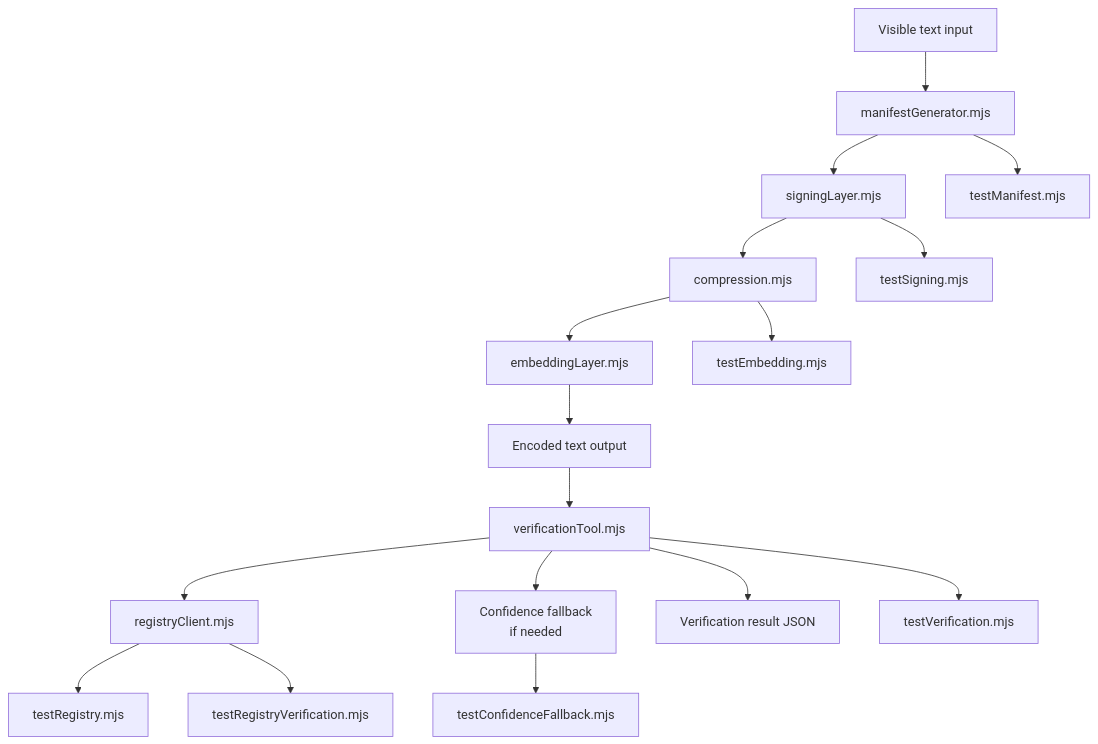
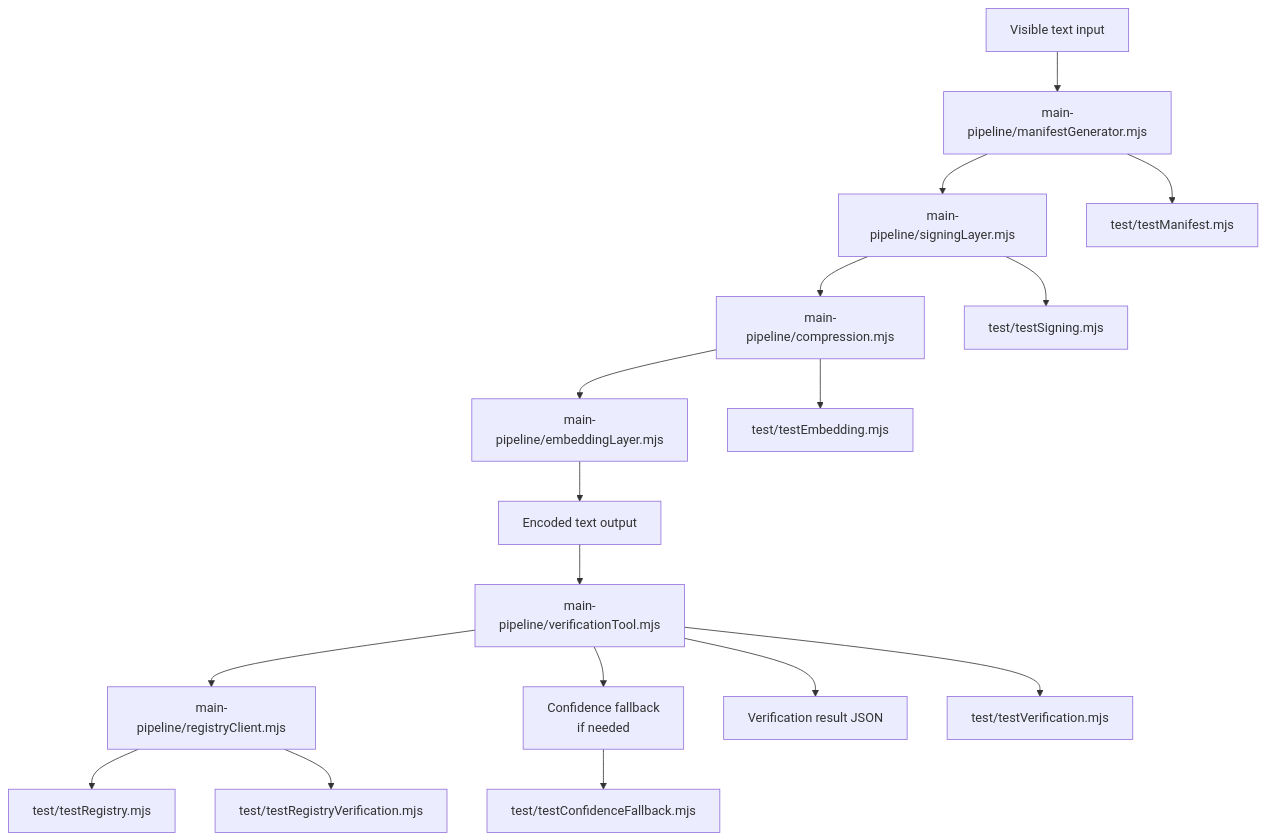
Before and after one commit to systemacticco-rgb/lps-reference-implementation: the first of 7 diagrams in DIAGRAMS.md, drawn with Mermaid. The commit also changed other lines of this file and 34 other files, not shown here.

First line of the commit message:
refactor: organize pipeline modules and test tooling

````diff
--- a/DIAGRAMS.md
+++ b/DIAGRAMS.md
@@ -7,22 +7,22 @@
 ```mermaid
 flowchart TD
-    A[Visible text input] --> B[manifestGenerator.mjs]
-    B --> C[signingLayer.mjs]
-    C --> D[compression.mjs]
-    D --> E[embeddingLayer.mjs]
+    A[Visible text input] --> B[main-pipeline/manifestGenerator.mjs]
+    B --> C[main-pipeline/signingLayer.mjs]
+    C --> D[main-pipeline/compression.mjs]
+    D --> E[main-pipeline/embeddingLayer.mjs]
     E --> F[Encoded text output]
 
-    F --> G[verificationTool.mjs]
-    G --> H[registryClient.mjs]
+    F --> G[main-pipeline/verificationTool.mjs]
+    G --> H[main-pipeline/registryClient.mjs]
     G --> I[Confidence fallback
 if needed]
     G --> J[Verification result JSON]
 
-    B --> K[testManifest.mjs]
-    C --> L[testSigning.mjs]
-    D --> M[testEmbedding.mjs]
-    G --> N[testVerification.mjs]
-    H --> O[testRegistry.mjs]
-    H --> P[testRegistryVerification.mjs]
-    I --> Q[testConfidenceFallback.mjs]
+    B --> K[test/testManifest.mjs]
+    C --> L[test/testSigning.mjs]
+    D --> M[test/testEmbedding.mjs]
+    G --> N[test/testVerification.mjs]
+    H --> O[test/testRegistry.mjs]
+    H --> P[test/testRegistryVerification.mjs]
+    I --> Q[test/testConfidenceFallback.mjs]
 ```
````
